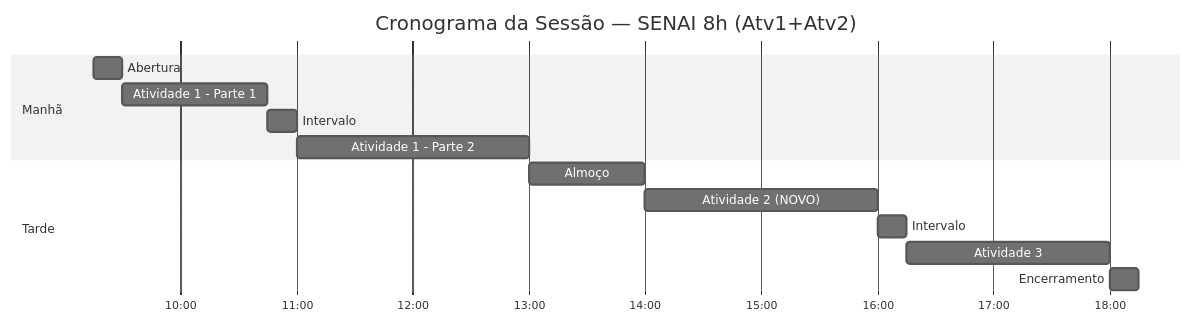
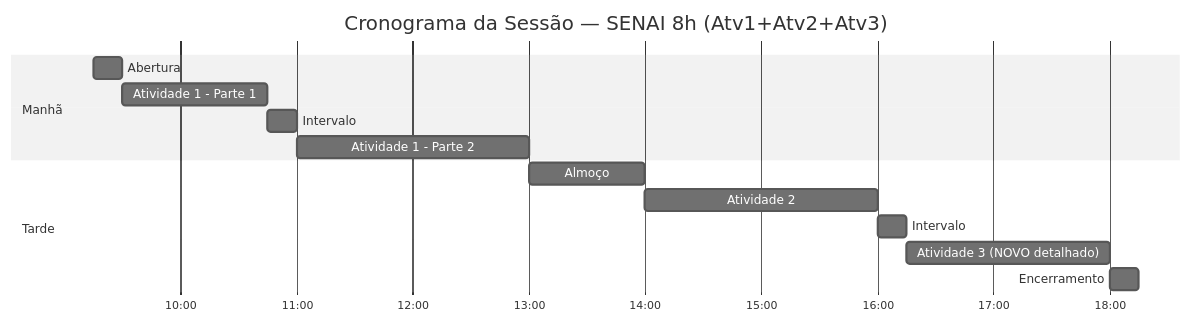
One commit to gbardusco/grao-vivo-senai changed the diagram in docs/03-cronograma.md. Above: the diagram before and after it, drawn with Mermaid (neutral theme). The commit also changed other lines of this file and 46 other files, not shown here.

````diff
--- a/docs/03-cronograma.md
+++ b/docs/03-cronograma.md
@@ -51,17 +51,17 @@
 ```mermaid
 gantt
-    title Cronograma da Sessão — SENAI 8h (Atv1+Atv2)
+    title Cronograma da Sessão — SENAI 8h (Atv1+Atv2+Atv3)
     dateFormat HH:mm
     axisFormat %H:%M
     section Manhã
     Abertura                    :09:15, 15m
     Atividade 1 - Parte 1       :09:30, 75m
     Intervalo                   :10:45, 15m
     Atividade 1 - Parte 2       :11:00, 120m
     section Tarde
     Almoço                      :13:00, 60m
-    Atividade 2 (NOVO)          :14:00, 120m
+    Atividade 2                 :14:00, 120m
     Intervalo                   :16:00, 15m
-    Atividade 3                 :16:15, 105m
+    Atividade 3 (NOVO detalhado):16:15, 105m
     Encerramento                :18:00, 15m
 ```
````
